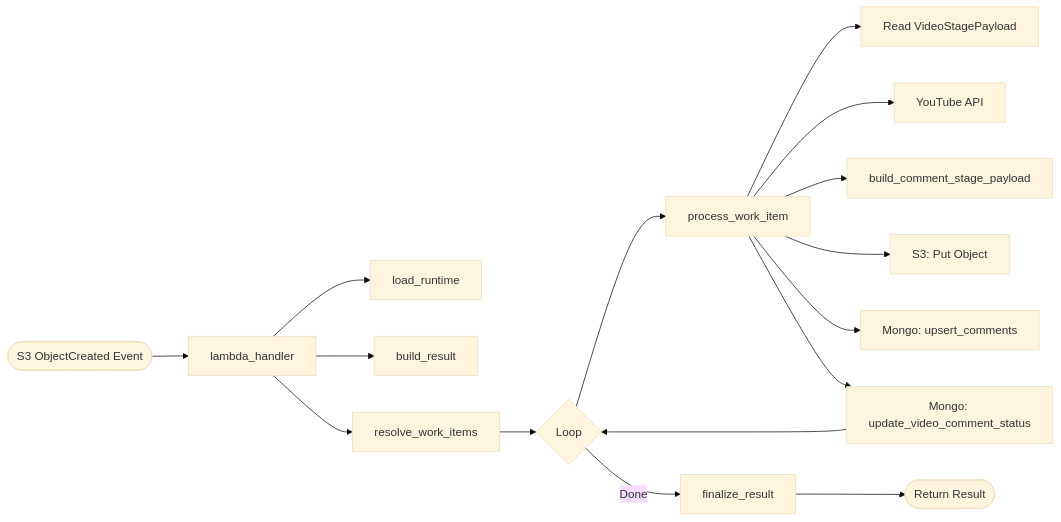
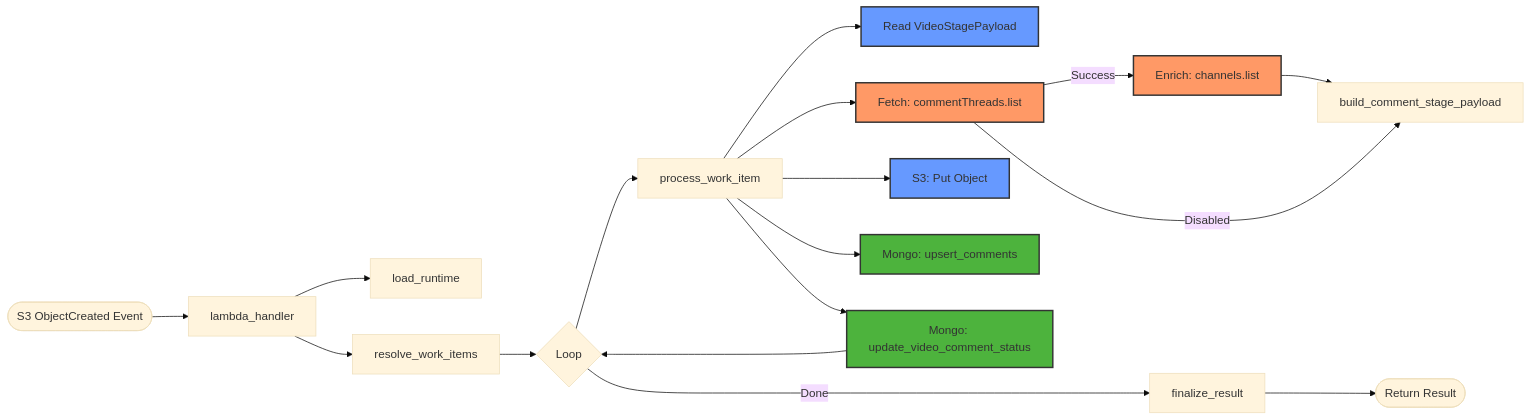
The first of 3 diagrams in comment_lambda/README.md (kaushalkrishna2000/youtube-bot-analytics), drawn with Mermaid (base theme) before and after one commit. The commit also changed other lines of this file and 3 other files, not shown here.

Commit message:
Update README files to reflect detailed execution flow, added enriched client-specific diagrams, enhanced YouTube API phase descriptions, and streamlined MongoDB persistence logic

````diff
--- a/comment_lambda/README.md
+++ b/comment_lambda/README.md
@@ -7,18 +7,25 @@
 ```mermaid
 graph LR
     Start([S3 ObjectCreated Event]) --> LH[lambda_handler]
     LH --> LR[load_runtime]
-    LH --> BR[build_result]
     LH --> RWI[resolve_work_items]
     RWI --> Loop{Loop}
     Loop --> PWI[process_work_item]
-    PWI --> RS3[Read VideoStagePayload]
-    PWI --> YT[YouTube API]
-    PWI --> BCSP[build_comment_stage_payload]
-    PWI --> WS3[S3: Put Object]
-    PWI --> MW1[Mongo: upsert_comments]
-    PWI --> MW2[Mongo: update_video_comment_status]
+    PWI --> RS3[Read VideoStagePayload]:::s3
+    PWI --> YT[Fetch: commentThreads.list]:::youtube
+    YT -- Success --> AE[Enrich: channels.list]:::youtube
+    AE --> BCSP[build_comment_stage_payload]
+    YT -- Disabled --> BCSP
+    PWI --> WS3[S3: Put Object]:::s3
+    PWI --> MW1[Mongo: upsert_comments]:::mongodb
+    PWI --> MW2[Mongo: update_video_comment_status]:::mongodb
     MW2 --> Loop
-    Loop -- Done --> FR[finalize_result]
+    
+    %% Termination path at the bottom
+    Loop -- Done ----> FR[finalize_result]
     FR --> End([Return Result])
+
+    classDef youtube fill:#f96,stroke:#333,stroke-width:2px;
+    classDef s3 fill:#69f,stroke:#333,stroke-width:2px;
+    classDef mongodb fill:#4db33d,stroke:#333,stroke-width:2px;
 ```
````
